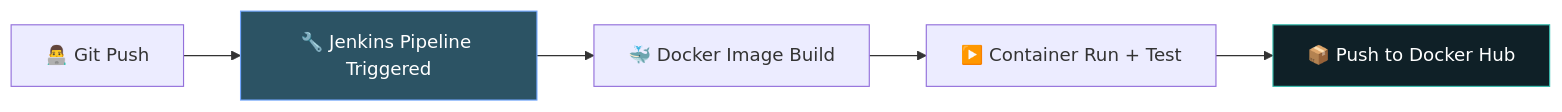
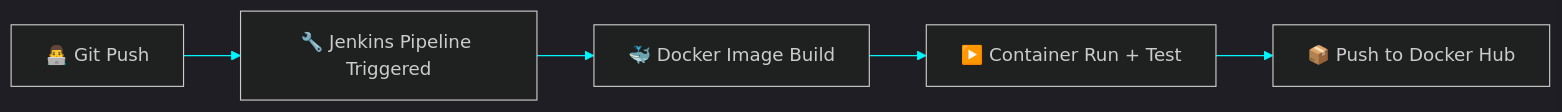
Before and after one commit to jagadeepkg/jagadeepkg: the second of 2 diagrams in README.md, drawn with Mermaid. The commit also changed other lines of this file, not shown here.

````diff
--- a/README.md
+++ b/README.md
@@ -92,10 +89,8 @@
 ```mermaid
+%%{init: {'theme':'dark', 'themeVariables': { 'background': '#000000', 'primaryColor': '#0a0a0a', 'primaryTextColor': '#FF2E9F', 'primaryBorderColor': '#FF2E9F', 'lineColor': '#00F5FF'}}}%%
 flowchart LR
     A["👨‍💻 Git Push"] --> B["🔧 Jenkins Pipeline Triggered"]
     B --> C["🐳 Docker Image Build"]
     C --> D["▶️ Container Run + Test"]
     D --> E["📦 Push to Docker Hub"]
-
-    style B fill:#2c5364,stroke:#70A5FD,color:#fff
-    style E fill:#0f2027,stroke:#38BDAE,color:#fff
 ```
````
